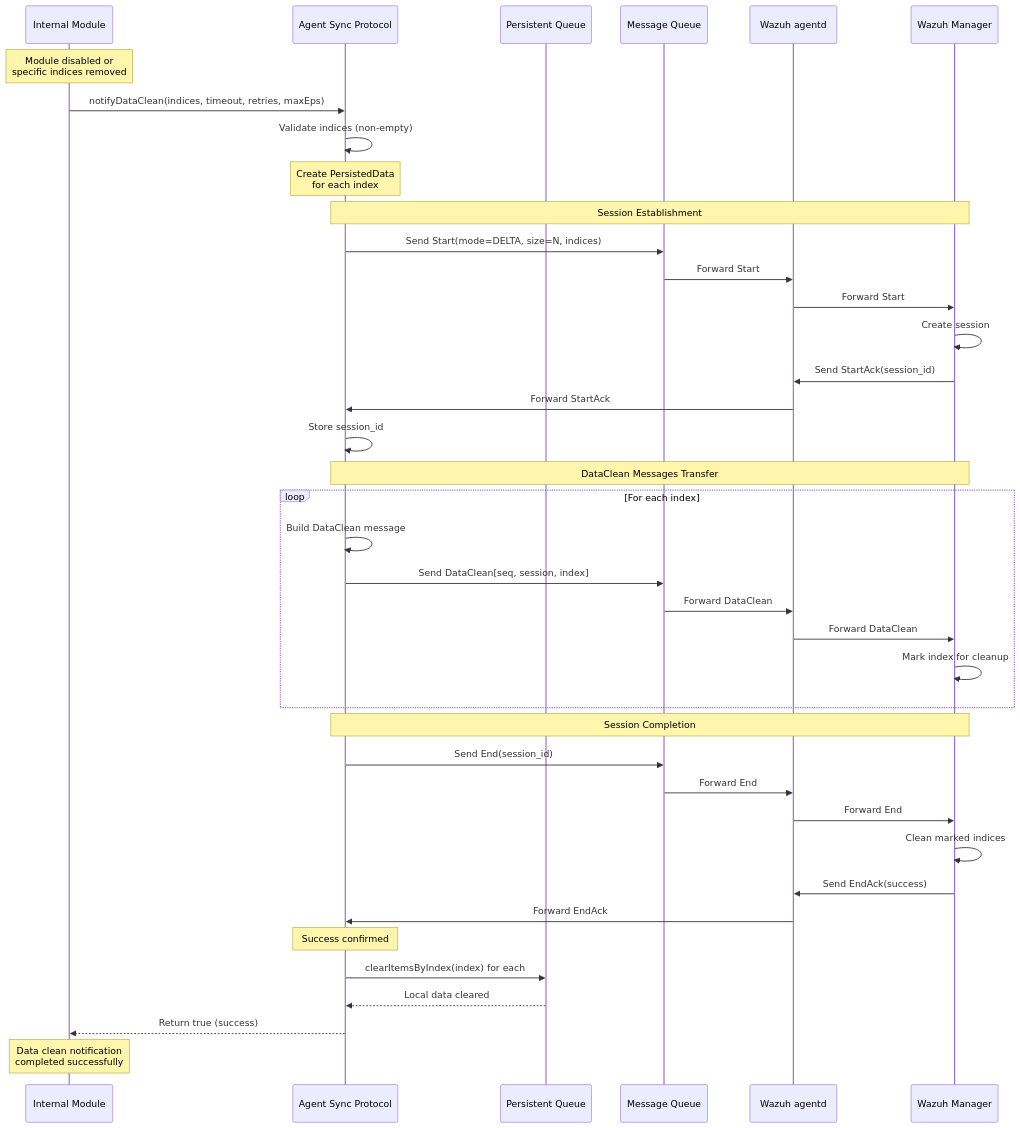
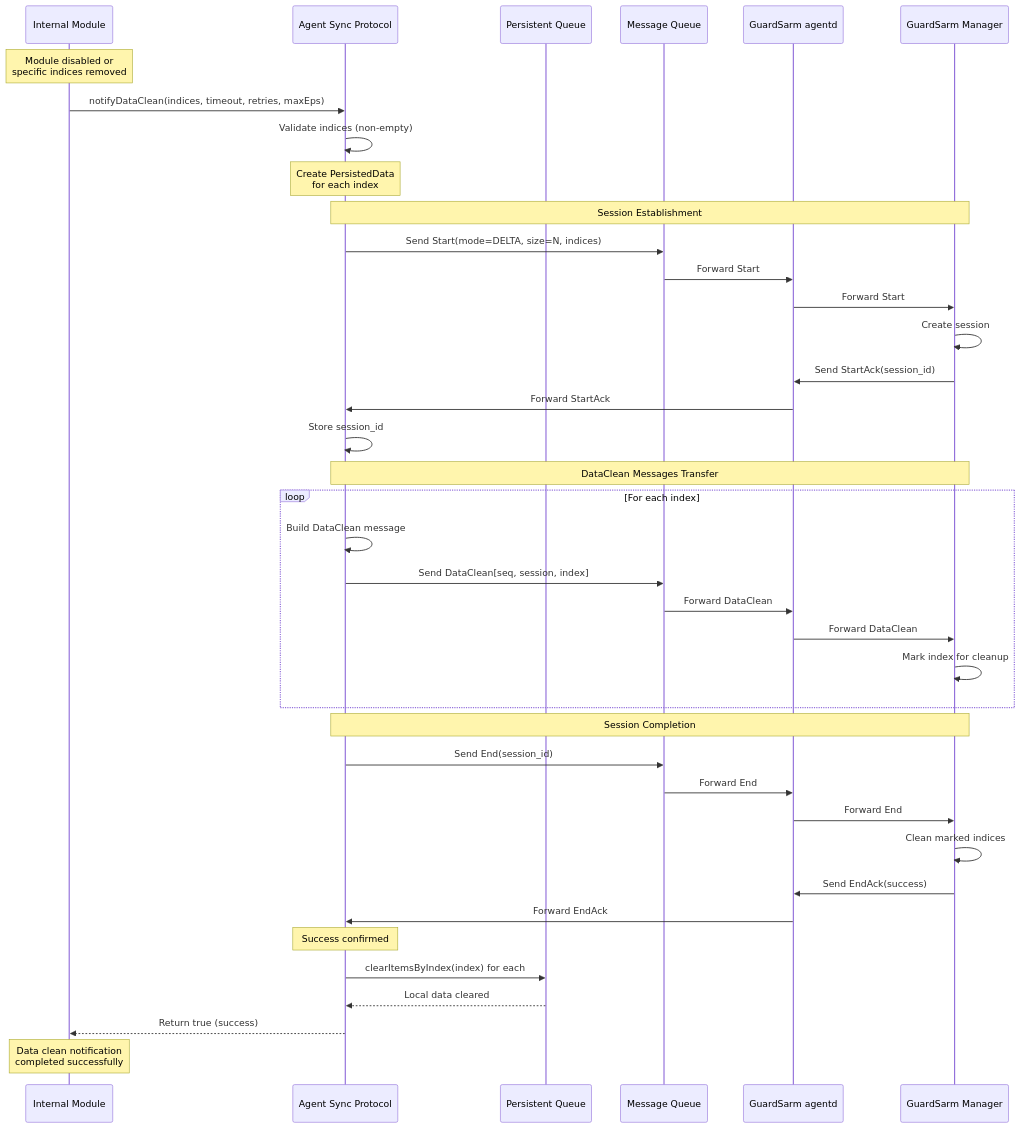
Diagram 12 of 12 in docs/ref/modules/utils/sync-protocol/sequence-diagrams.md (guardsarm/guardsarm), drawn with Mermaid before and after one commit. The commit also changed other lines of this file and 4082 other files, not shown here.

First line of the commit message:
GuardSarm rebrand (R1) + native build/runtime fixes

````diff
--- a/docs/ref/modules/utils/sync-protocol/sequence-diagrams.md
+++ b/docs/ref/modules/utils/sync-protocol/sequence-diagrams.md
@@ -472,51 +472,51 @@
 ```mermaid
 sequenceDiagram
     participant Module as Internal Module
     participant ASP as Agent Sync Protocol
     participant Queue as Persistent Queue
     participant MQ as Message Queue
-    participant AD as Wazuh agentd
-    participant Manager as Wazuh Manager
+    participant AD as GuardSarm agentd
+    participant Manager as GuardSarm Manager
 
     Note over Module: Module disabled or<br/>specific indices removed
 
     Module->>ASP: notifyDataClean(indices, timeout, retries, maxEps)
     ASP->>ASP: Validate indices (non-empty)
 
     Note over ASP: Create PersistedData<br/>for each index
 
     Note over ASP,Manager: Session Establishment
     ASP->>MQ: Send Start(mode=DELTA, size=N, indices)
     MQ->>AD: Forward Start
     AD->>Manager: Forward Start
     Manager->>Manager: Create session
     Manager->>AD: Send StartAck(session_id)
     AD->>ASP: Forward StartAck
     ASP->>ASP: Store session_id
 
     Note over ASP,Manager: DataClean Messages Transfer
     loop For each index
         ASP->>ASP: Build DataClean message
         ASP->>MQ: Send DataClean[seq, session, index]
         MQ->>AD: Forward DataClean
         AD->>Manager: Forward DataClean
         Manager->>Manager: Mark index for cleanup
     end
 
     Note over ASP,Manager: Session Completion
     ASP->>MQ: Send End(session_id)
     MQ->>AD: Forward End
     AD->>Manager: Forward End
     Manager->>Manager: Clean marked indices
     Manager->>AD: Send EndAck(success)
     AD->>ASP: Forward EndAck
 
     Note over ASP: Success confirmed
 
     ASP->>Queue: clearItemsByIndex(index) for each
     Queue-->>ASP: Local data cleared
 
     ASP-->>Module: Return true (success)
 
     Note over Module: Data clean notification<br/>completed successfully
 ```
````
